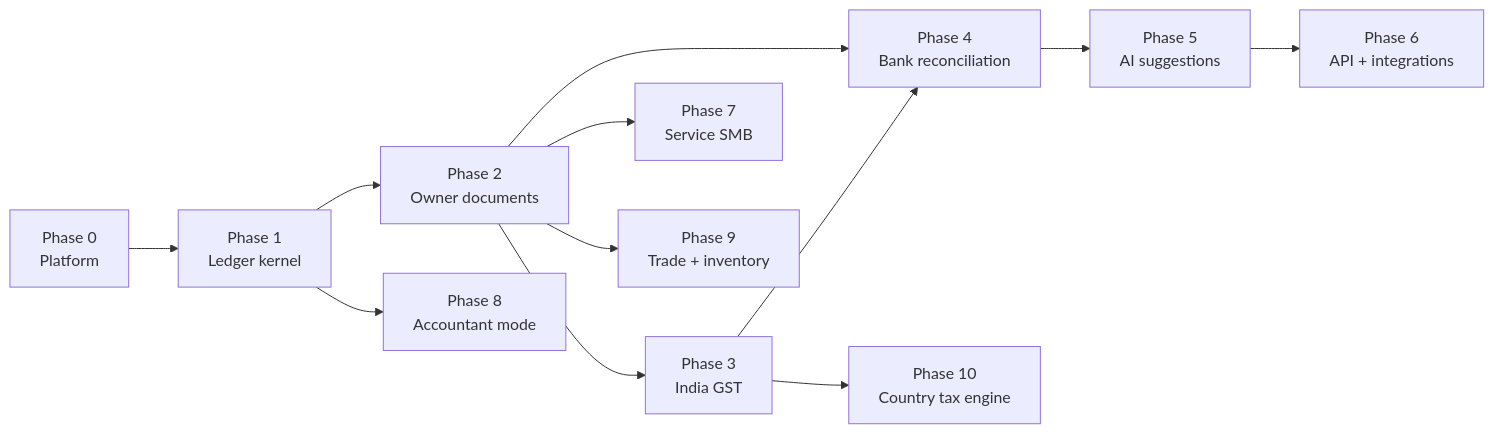
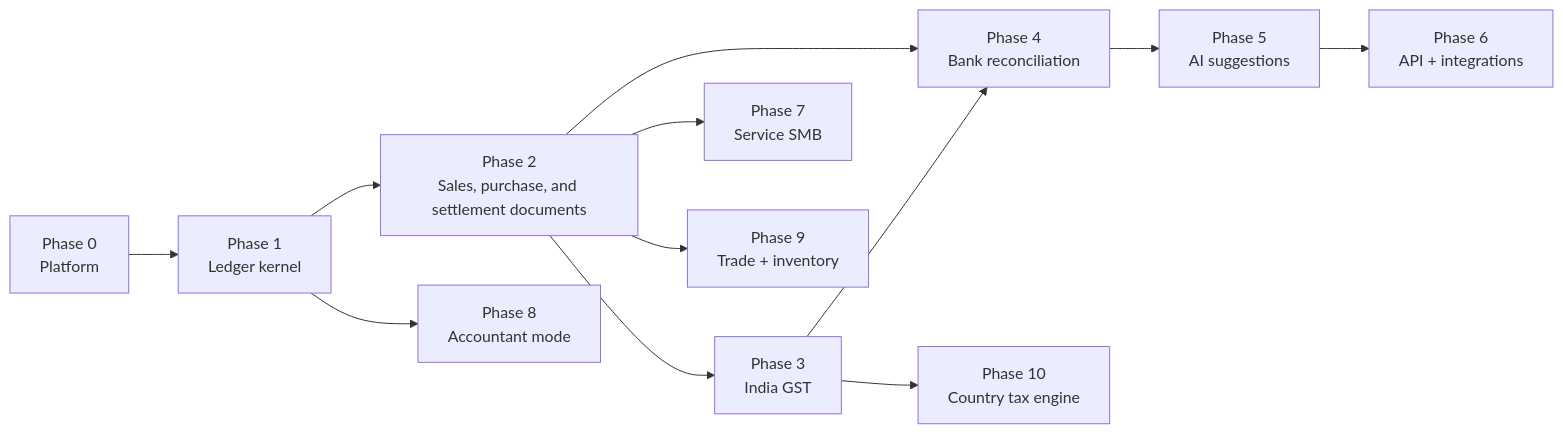
Before and after one commit to isherbuilds/edernal-books: the third of 3 diagrams in docs/superpowers/specs/2026-06-16-ai-native-accounting-foundation-design.md, drawn with Mermaid. The commit also changed other lines of this file and 44 other files, not shown here.

````diff
--- a/docs/superpowers/specs/2026-06-16-ai-native-accounting-foundation-design.md
+++ b/docs/superpowers/specs/2026-06-16-ai-native-accounting-foundation-design.md
@@ -109,14 +110,14 @@
 ```mermaid
 flowchart LR
   P0["Phase 0<br/>Platform"] --> P1["Phase 1<br/>Ledger kernel"]
-  P1 --> P2["Phase 2<br/>Owner documents"]
+  P1 --> P2["Phase 2<br/>Sales, purchase, and settlement documents"]
   P2 --> P3["Phase 3<br/>India GST"]
   P2 --> P4["Phase 4<br/>Bank reconciliation"]
   P3 --> P4
   P4 --> P5["Phase 5<br/>AI suggestions"]
   P5 --> P6["Phase 6<br/>API + integrations"]
   P2 --> P7["Phase 7<br/>Service SMB"]
   P1 --> P8["Phase 8<br/>Accountant mode"]
   P2 --> P9["Phase 9<br/>Trade + inventory"]
   P3 --> P10["Phase 10<br/>Country tax engine"]
 ```
````
